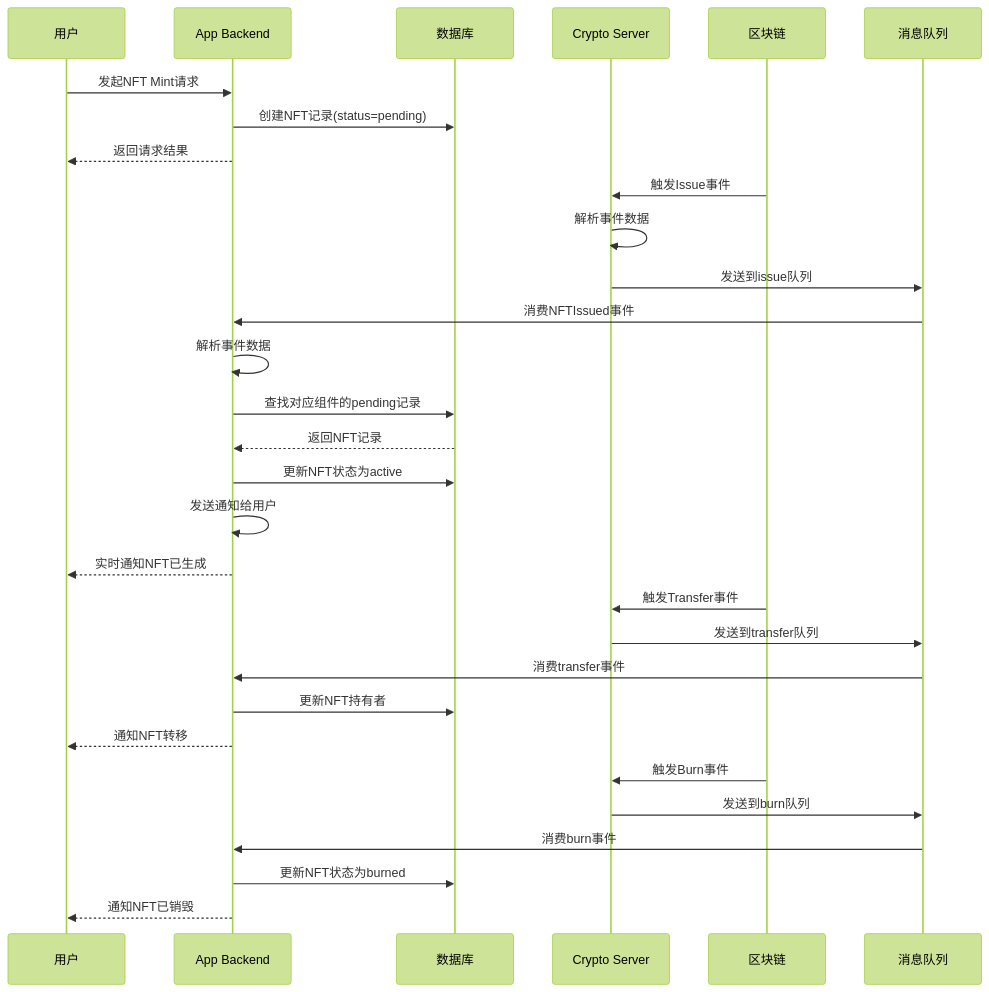
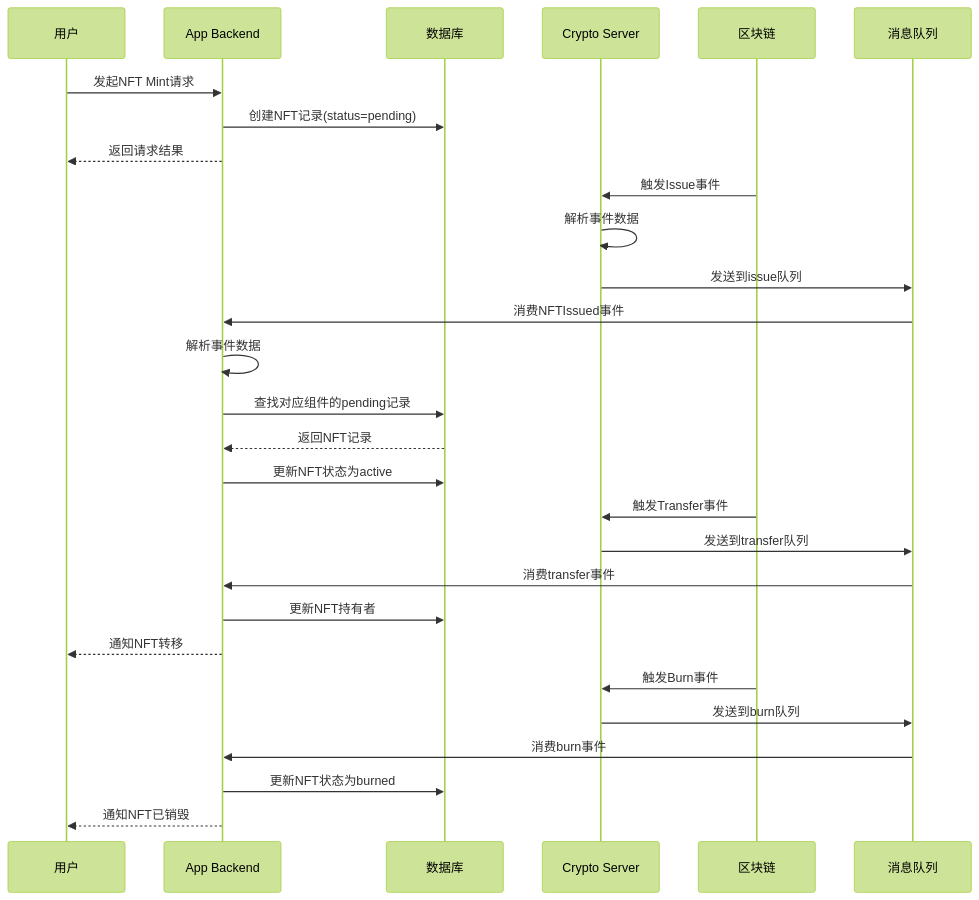
One commit to yingjianzh/iodraw-files changed the diagram in all/未命名-71.md. Above: the diagram before and after it, drawn with Mermaid (forest theme).

Commit message:
2025-07-03 17:23:26 update

````diff
--- a/all/未命名-71.md
+++ b/all/未命名-71.md
@@ -1,42 +1,40 @@
 ```mermaid
 sequenceDiagram
     participant U as 用户
     participant AB as App Backend
     participant DB as 数据库
     participant CS as Crypto Server
     participant BC as 区块链
     participant MQ as 消息队列
     
     %% NFT Mint 流程
     U->>AB: 发起NFT Mint请求
     AB->>DB: 创建NFT记录(status=pending)
     AB-->>U: 返回请求结果
     
     %% 区块链事件监听
     BC->>CS: 触发Issue事件
     CS->>CS: 解析事件数据
     CS->>MQ: 发送到issue队列
     
     %% App Backend 处理
     MQ->>AB: 消费NFTIssued事件
     AB->>AB: 解析事件数据
     AB->>DB: 查找对应组件的pending记录
     DB-->>AB: 返回NFT记录
     AB->>DB: 更新NFT状态为active
-    AB->>AB: 发送通知给用户
-    AB-->>U: 实时通知NFT已生成
     
     %% Transfer 事件处理
     BC->>CS: 触发Transfer事件
     CS->>MQ: 发送到transfer队列
     MQ->>AB: 消费transfer事件
     AB->>DB: 更新NFT持有者
     AB-->>U: 通知NFT转移
     
     %% Burn 事件处理
     BC->>CS: 触发Burn事件
     CS->>MQ: 发送到burn队列
     MQ->>AB: 消费burn事件
     AB->>DB: 更新NFT状态为burned
     AB-->>U: 通知NFT已销毁
 ```
````
